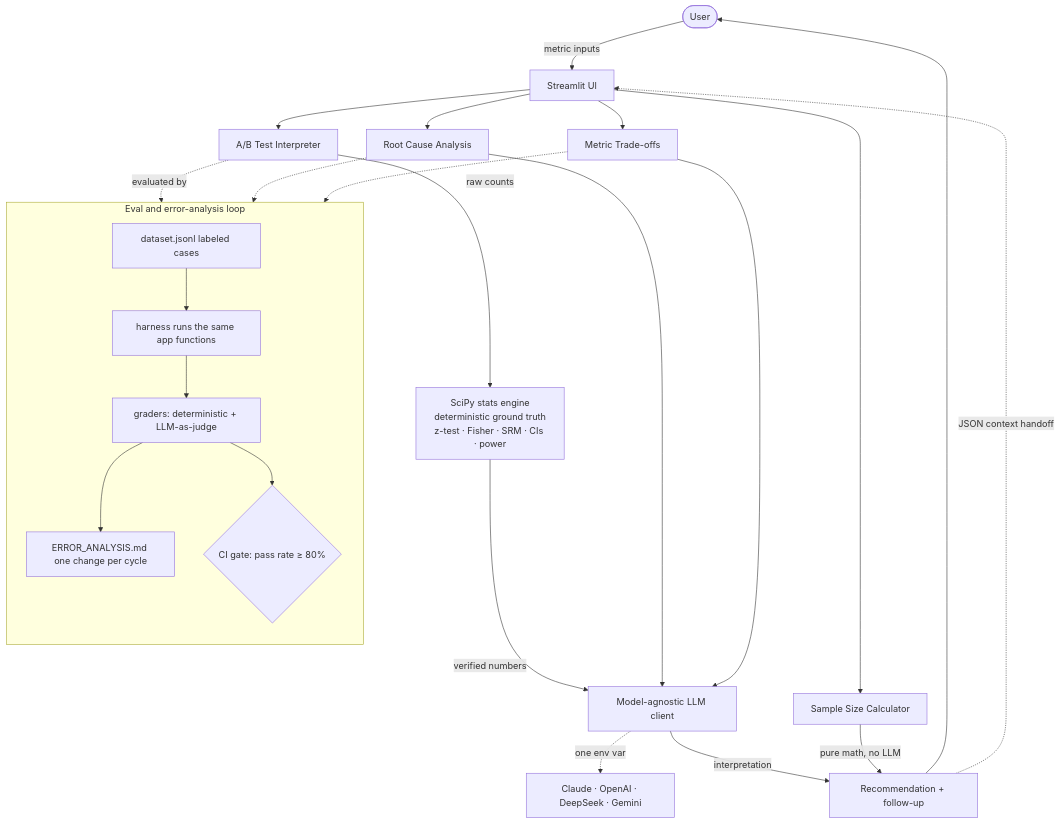
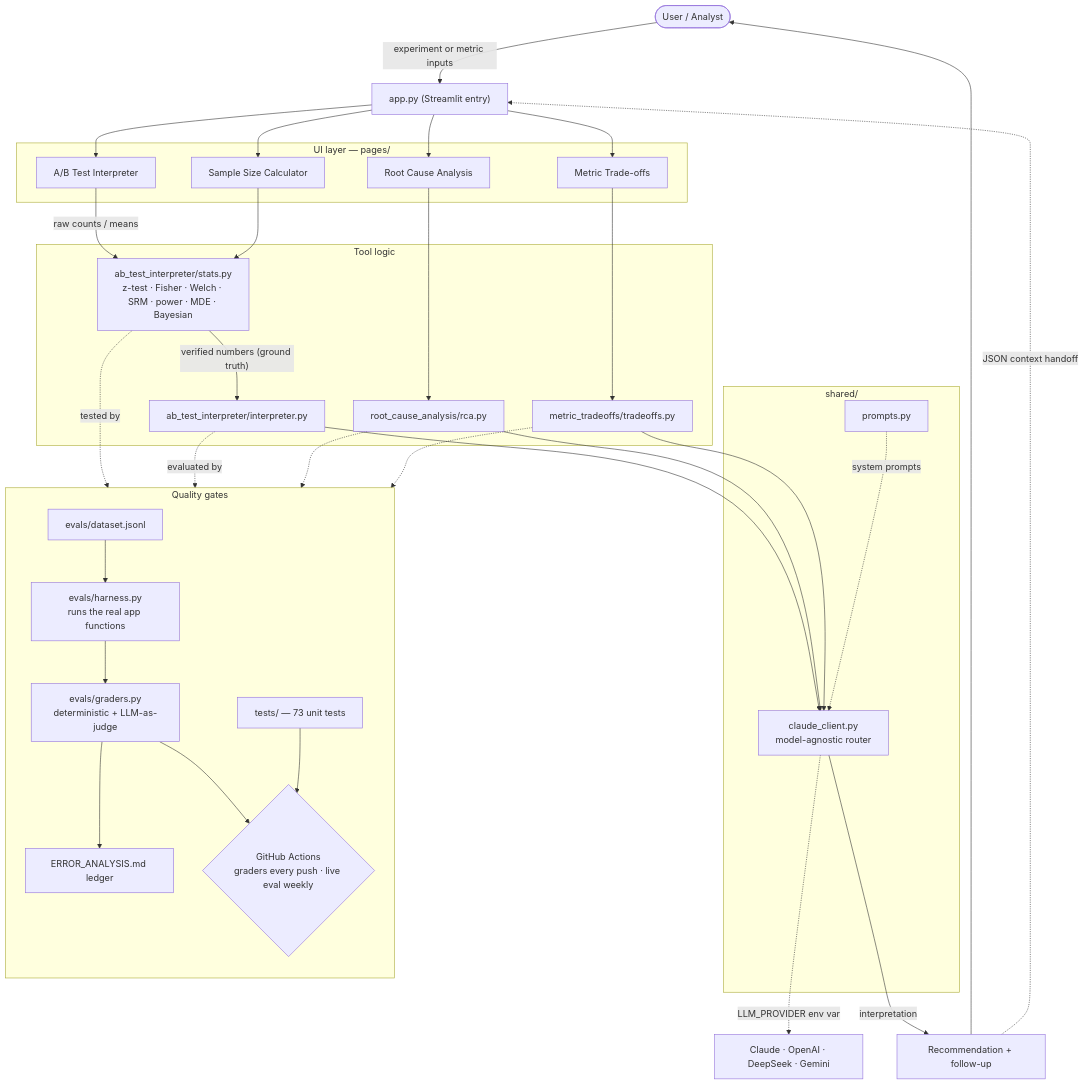
One commit to vaishalizilpe/analytics-ai-toolkit changed the diagram in README.md. Above: the diagram before and after it, drawn with Mermaid. The commit also changed other lines of this file, not shown here.

Commit message:
Swap in full-project architecture diagram

````diff
--- a/README.md
+++ b/README.md
@@ -24,30 +24,58 @@
 ```mermaid
 flowchart TD
-    U(["User"]) -->|"metric inputs"| UI["Streamlit UI"]
+    U(["User / Analyst"]) -->|"experiment or metric inputs"| APP["app.py (Streamlit entry)"]
 
-    UI --> AB["A/B Test Interpreter"]
-    UI --> SS["Sample Size Calculator"]
-    UI --> RCA["Root Cause Analysis"]
-    UI --> MT["Metric Trade-offs"]
+    subgraph UI["UI layer — pages/"]
+        P1["A/B Test Interpreter"]
+        P2["Sample Size Calculator"]
+        P3["Root Cause Analysis"]
+        P4["Metric Trade-offs"]
+    end
+    APP --> P1
+    APP --> P2
+    APP --> P3
+    APP --> P4
 
-    AB -->|"raw counts"| STATS["SciPy stats engine<br/>deterministic ground truth<br/>z-test · Fisher · SRM · CIs · power"]
-    STATS -->|"verified numbers"| CLIENT["Model-agnostic LLM client"]
+    subgraph LOGIC["Tool logic"]
+        STATS["ab_test_interpreter/stats.py<br/>z-test · Fisher · Welch · SRM · power · MDE · Bayesian"]
+        INT["ab_test_interpreter/interpreter.py"]
+        RCA["root_cause_analysis/rca.py"]
+        TRD["metric_tradeoffs/tradeoffs.py"]
+    end
+
+    P1 -->|"raw counts / means"| STATS
+    P2 --> STATS
+    STATS -->|"verified numbers (ground truth)"| INT
+    P3 --> RCA
+    P4 --> TRD
+
+    subgraph SHARED["shared/"]
+        CLIENT["claude_client.py<br/>model-agnostic router"]
+        PROMPTS["prompts.py"]
+    end
+
+    INT --> CLIENT
     RCA --> CLIENT
-    MT --> CLIENT
-    CLIENT -.->|"one env var"| PROV["Claude · OpenAI · DeepSeek · Gemini"]
+    TRD --> CLIENT
+    PROMPTS -.->|"system prompts"| CLIENT
+    CLIENT -.->|"LLM_PROVIDER env var"| PROV["Claude · OpenAI · DeepSeek · Gemini"]
     CLIENT -->|"interpretation"| OUT["Recommendation + follow-up"]
-    SS -->|"pure math, no LLM"| OUT
     OUT --> U
-    OUT -.->|"JSON context handoff"| UI
+    OUT -.->|"JSON context handoff"| APP
 
-    subgraph EVAL["Eval and error-analysis loop"]
+    subgraph QUALITY["Quality gates"]
         direction TB
-        DS["dataset.jsonl labeled cases"] --> H["harness runs the same app functions"]
-        H --> G["graders: deterministic + LLM-as-judge"]
-        G --> LEDGER["ERROR_ANALYSIS.md one change per cycle"]
-        G --> CI{"CI gate: pass rate ≥ 80%"}
+        DS["evals/dataset.jsonl"] --> H["evals/harness.py<br/>runs the real app functions"]
+        H --> G["evals/graders.py<br/>deterministic + LLM-as-judge"]
+        G --> LED["ERROR_ANALYSIS.md ledger"]
+        TST["tests/ — 73 unit tests"]
+        CI{"GitHub Actions<br/>graders every push · live eval weekly"}
     end
-    AB -.->|"evaluated by"| H
+
+    STATS -.->|"tested by"| TST
+    INT -.->|"evaluated by"| H
     RCA -.-> H
-    MT -.-> H
+    TRD -.-> H
+    G --> CI
+    TST --> CI
 ```
````
